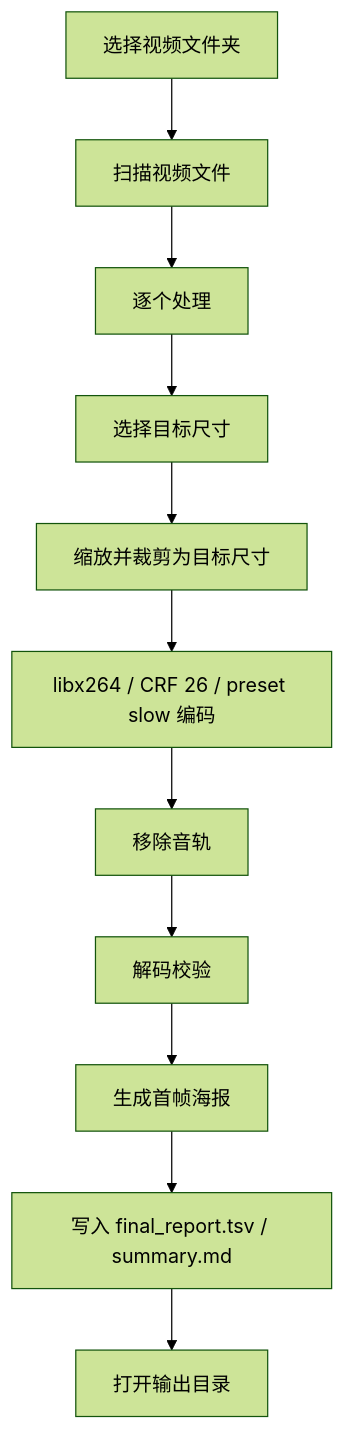
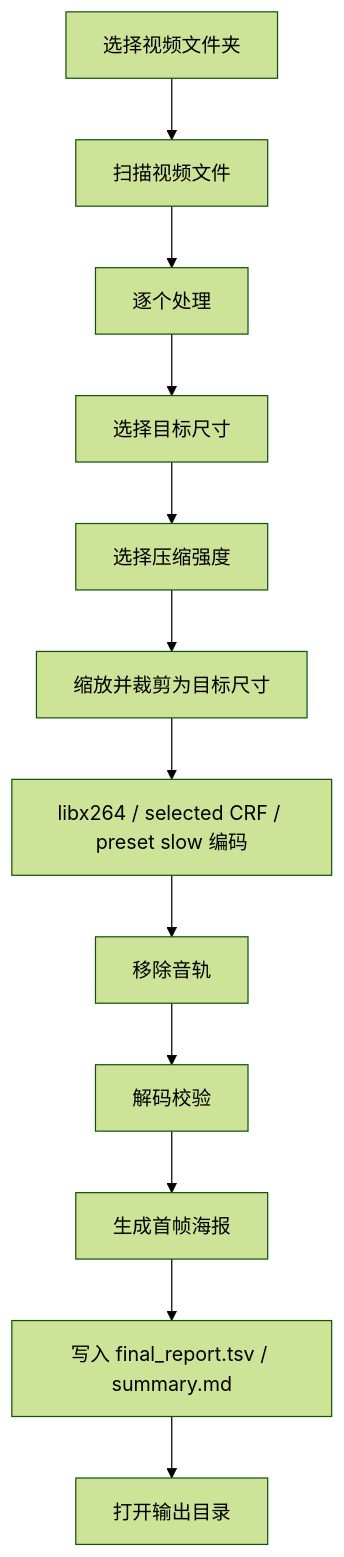
The first of 2 diagrams in docs/video-compress-480x640-no-audio.md (devSC/onboarding-video-compressor), drawn with Mermaid (forest theme) before and after one commit. The commit also changed other lines of this file and 2 other files, not shown here.

````diff
--- a/docs/video-compress-480x640-no-audio.md
+++ b/docs/video-compress-480x640-no-audio.md
@@ -161,13 +182,14 @@
 ```mermaid
 flowchart TD
   A["选择视频文件夹"] --> B["扫描视频文件"]
   B --> C["逐个处理"]
   C --> D["选择目标尺寸"]
-  D --> E["缩放并裁剪为目标尺寸"]
-  E --> F["libx264 / CRF 26 / preset slow 编码"]
-  F --> G["移除音轨"]
-  G --> H["解码校验"]
-  H --> I["生成首帧海报"]
-  I --> J["写入 final_report.tsv / summary.md"]
-  J --> K["打开输出目录"]
+  D --> E["选择压缩强度"]
+  E --> F["缩放并裁剪为目标尺寸"]
+  F --> G["libx264 / selected CRF / preset slow 编码"]
+  G --> H["移除音轨"]
+  H --> I["解码校验"]
+  I --> J["生成首帧海报"]
+  J --> K["写入 final_report.tsv / summary.md"]
+  K --> L["打开输出目录"]
 ```
````
